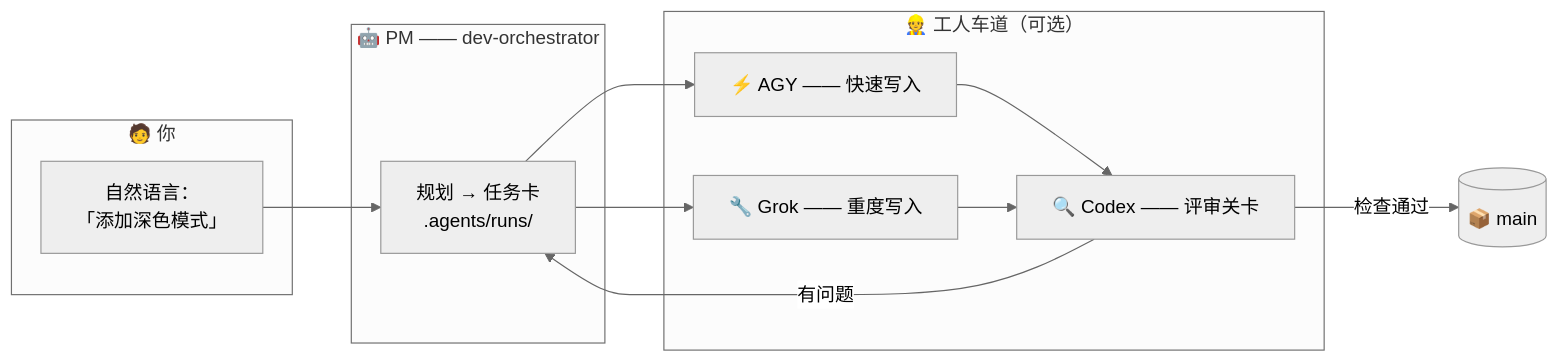
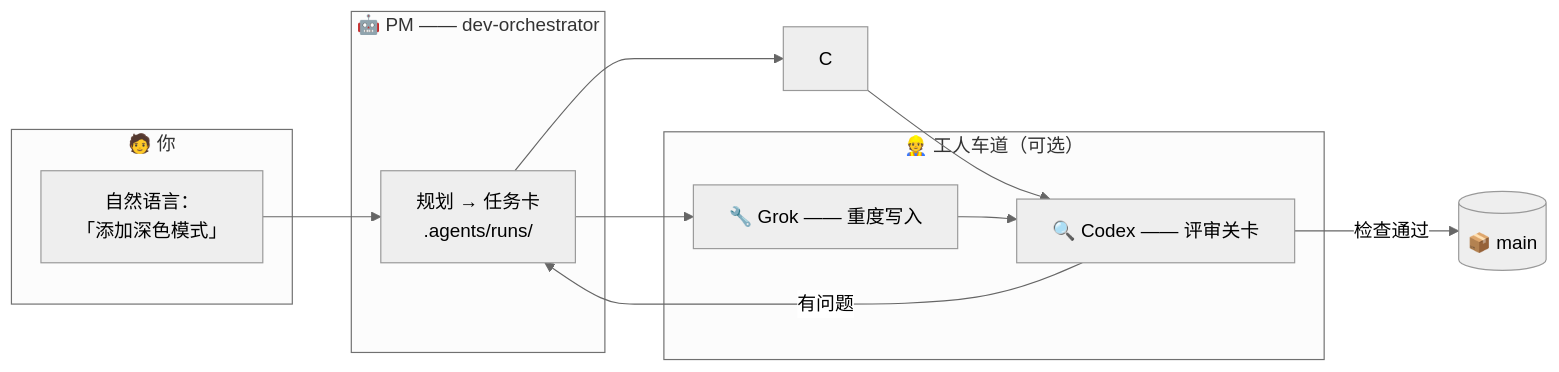
Before and after one commit to VKirill/claude-lane-stack: the diagram in README.zh-CN.md, drawn with Mermaid (neutral theme). The commit also changed other lines of this file and 57 other files, not shown here.

````diff
--- a/README.zh-CN.md
+++ b/README.zh-CN.md
@@ -92,19 +91,18 @@
 ```mermaid
 flowchart LR
     subgraph you ["🧑 你"]
         A["自然语言：<br/>「添加深色模式」"]
     end
     subgraph pm ["🤖 PM —— dev-orchestrator"]
         B["规划 → 任务卡<br/>.agents/runs/"]
     end
     subgraph lanes ["👷 工人车道（可选）"]
-        C["⚡ AGY —— 快速写入"]
         D["🔧 Grok —— 重度写入"]
         E["🔍 Codex —— 评审关卡"]
     end
     A --> B
     B --> C & D
     C & D --> E
     E -->|检查通过| F[("📦 main")]
     E -->|有问题| B
 ```
````
